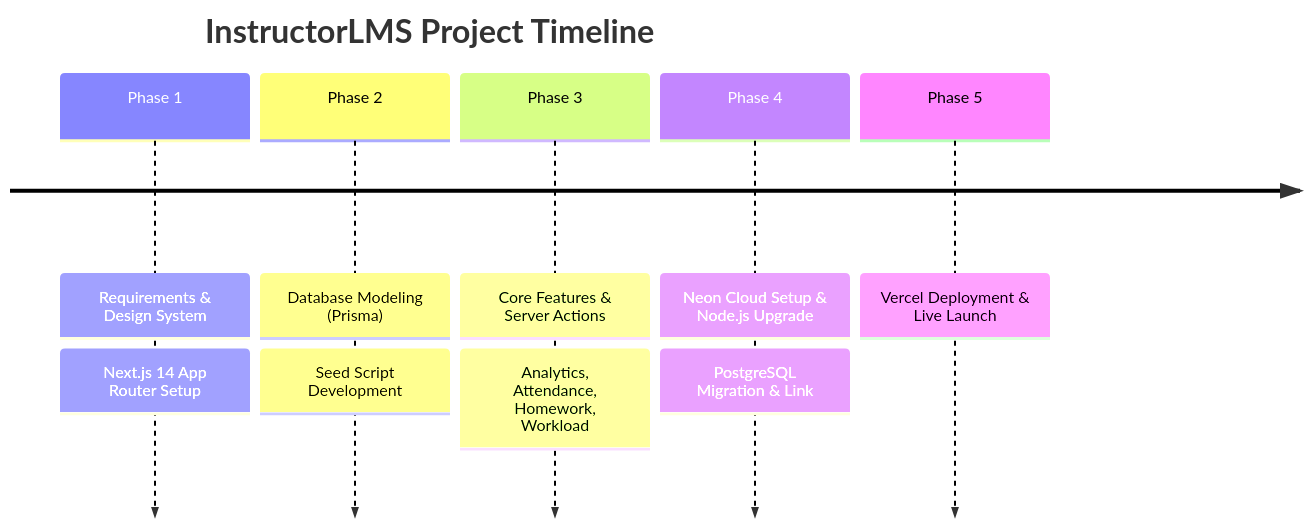
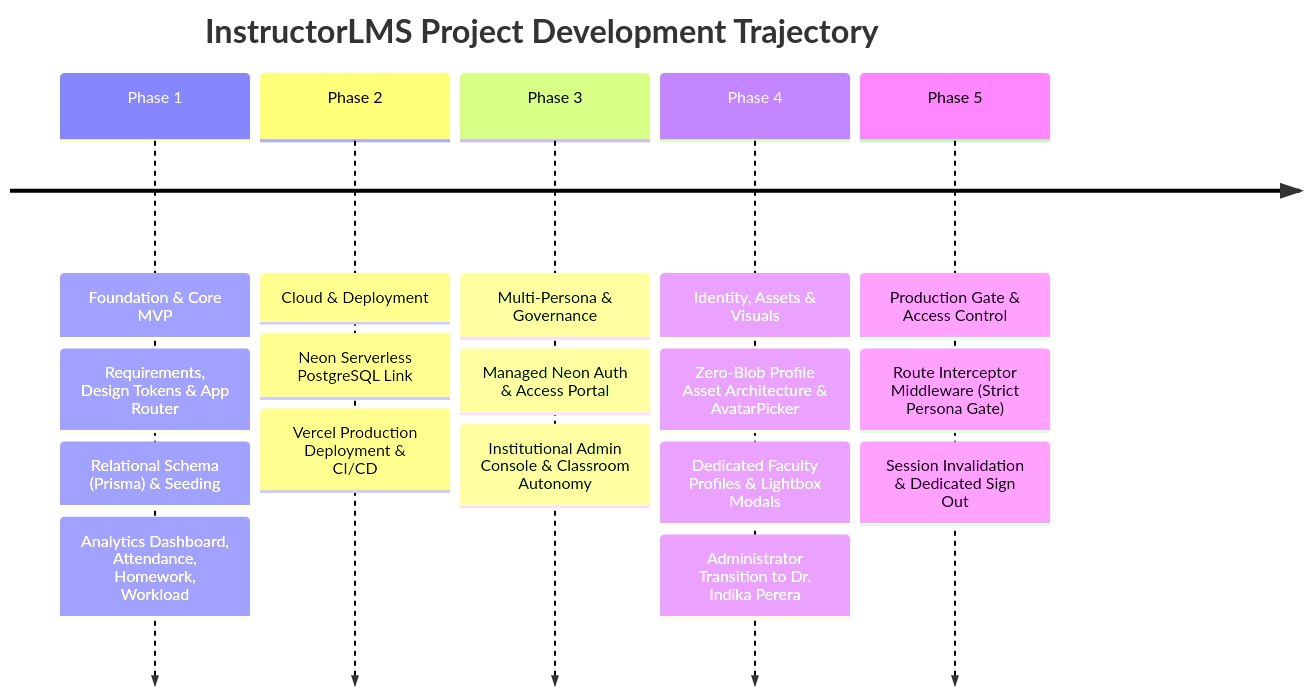
The diagram in design/DEV_LOG.md (GitHub-ccd/InstructorLMS), drawn with Mermaid before and after one commit. The commit also changed other lines of this file, not shown here.

Commit message:
docs: align DEV_LOG.md milestones 1-11 sequentially across 5 development phases

````diff
--- a/design/DEV_LOG.md
+++ b/design/DEV_LOG.md
@@ -9,13 +9,21 @@
 ```mermaid
 timeline
-    title InstructorLMS Project Timeline
-    Phase 1 : Requirements & Design System
-            : Next.js 14 App Router Setup
-    Phase 2 : Database Modeling (Prisma)
-            : Seed Script Development
-    Phase 3 : Core Features & Server Actions
-            : Analytics, Attendance, Homework, Workload
-    Phase 4 : Neon Cloud Setup & Node.js Upgrade
-            : PostgreSQL Migration & Link
-    Phase 5 : Vercel Deployment & Live Launch
+    title InstructorLMS Project Development Trajectory
+    Phase 1 : Foundation & Core MVP
+            : Requirements, Design Tokens & App Router
+            : Relational Schema (Prisma) & Seeding
+            : Analytics Dashboard, Attendance, Homework, Workload
+    Phase 2 : Cloud & Deployment
+            : Neon Serverless PostgreSQL Link
+            : Vercel Production Deployment & CI/CD
+    Phase 3 : Multi-Persona & Governance
+            : Managed Neon Auth & Access Portal
+            : Institutional Admin Console & Classroom Autonomy
+    Phase 4 : Identity, Assets & Visuals
+            : Zero-Blob Profile Asset Architecture & AvatarPicker
+            : Dedicated Faculty Profiles & Lightbox Modals
+            : Administrator Transition to Dr. Indika Perera
+    Phase 5 : Production Gate & Access Control
+            : Route Interceptor Middleware (Strict Persona Gate)
+            : Session Invalidation & Dedicated Sign Out
 ```
````
